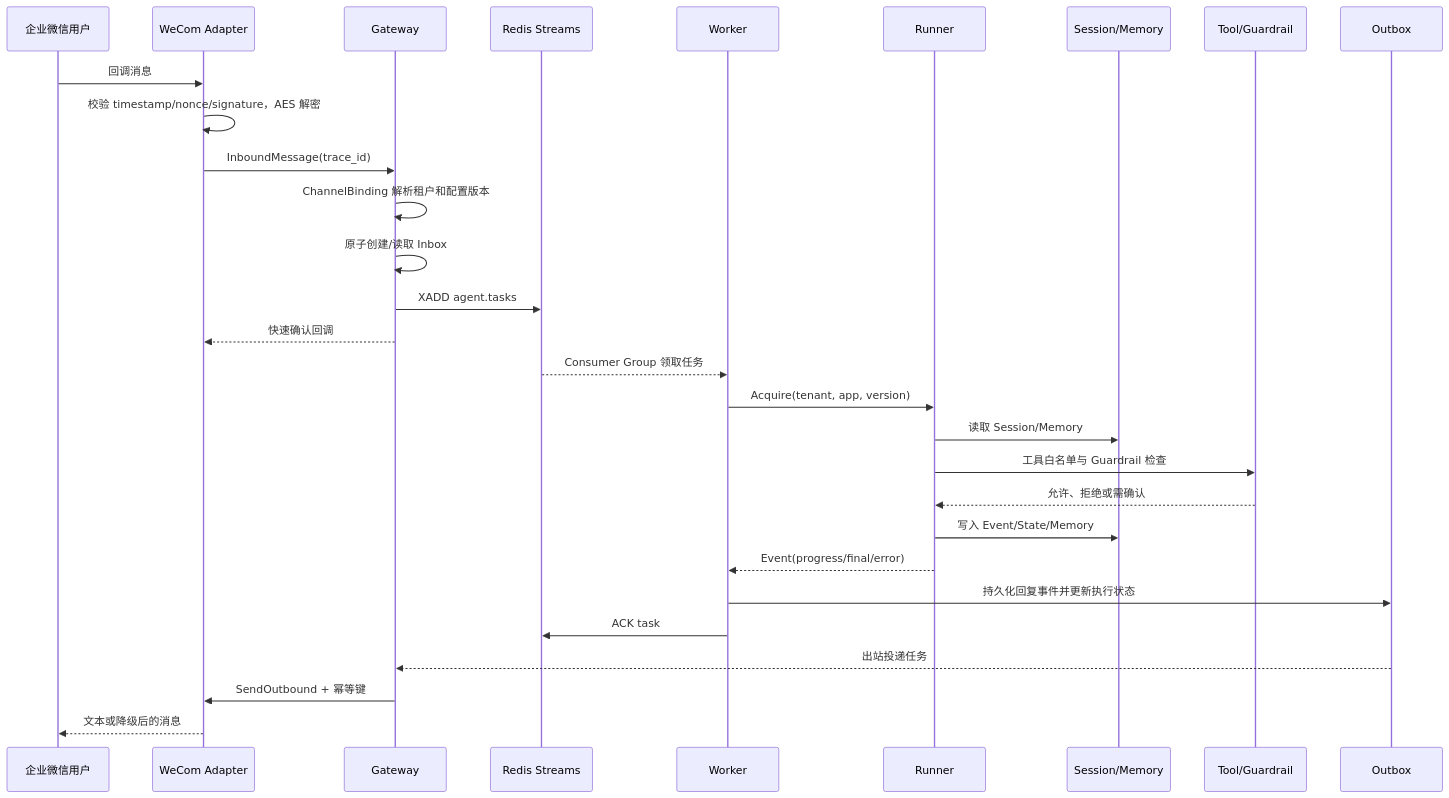
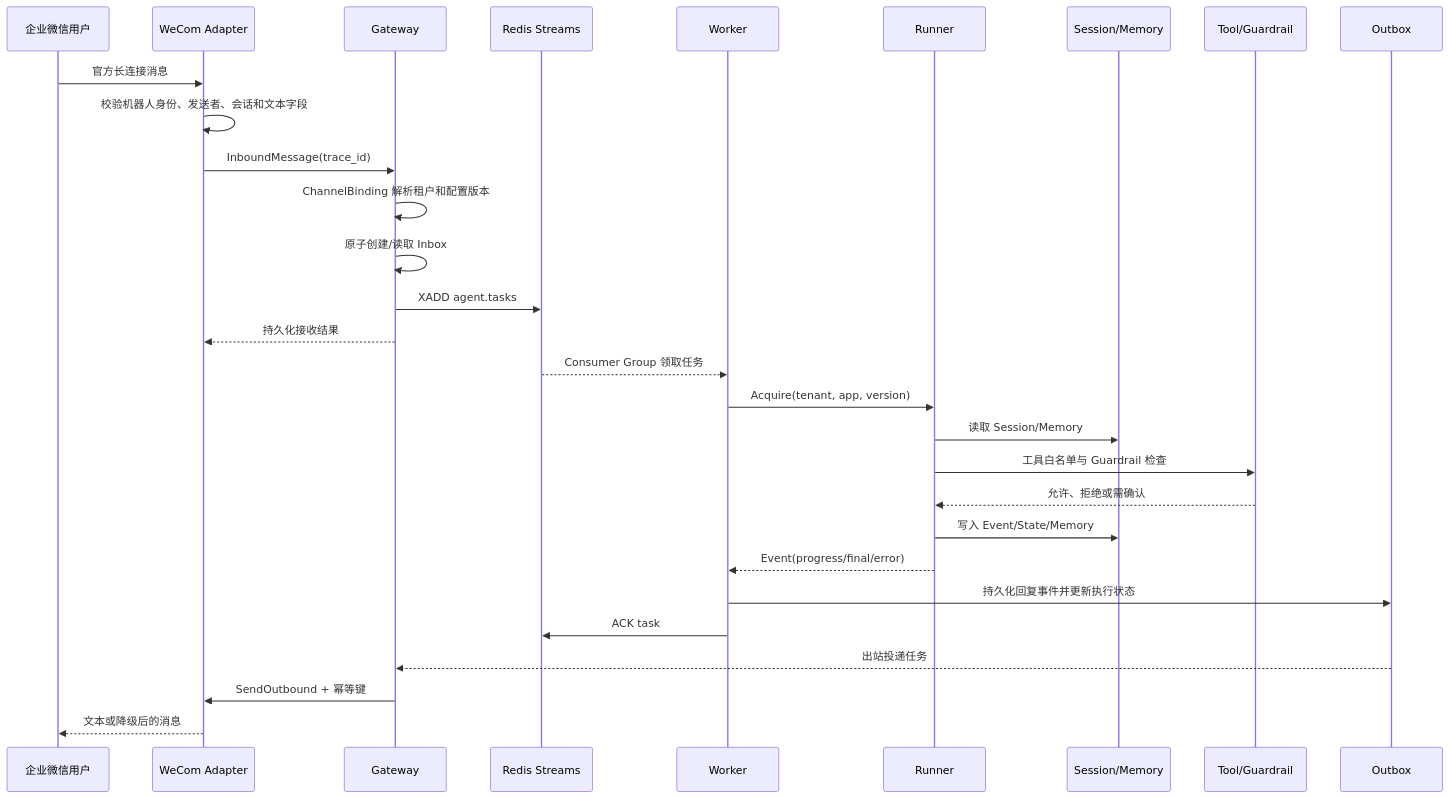
Before and after one commit to Spock12138/trpc-agent-service: the second of 2 diagrams in docs/design.md, drawn with Mermaid. The commit also changed other lines of this file, not shown here.

First line of the commit message:
docs: align architecture proposal with final delivery

````diff
--- a/docs/design.md
+++ b/docs/design.md
@@ -58,32 +60,32 @@
 ```mermaid
 sequenceDiagram
     participant U as 企业微信用户
     participant A as WeCom Adapter
     participant G as Gateway
     participant Q as Redis Streams
     participant W as Worker
     participant R as Runner
     participant S as Session/Memory
     participant T as Tool/Guardrail
     participant O as Outbox
 
-    U->>A: 回调消息
-    A->>A: 校验 timestamp/nonce/signature，AES 解密
+    U->>A: 官方长连接消息
+    A->>A: 校验机器人身份、发送者、会话和文本字段
     A->>G: InboundMessage(trace_id)
     G->>G: ChannelBinding 解析租户和配置版本
     G->>G: 原子创建/读取 Inbox
     G->>Q: XADD agent.tasks
-    G-->>A: 快速确认回调
+    G-->>A: 持久化接收结果
     Q-->>W: Consumer Group 领取任务
     W->>R: Acquire(tenant, app, version)
     R->>S: 读取 Session/Memory
     R->>T: 工具白名单与 Guardrail 检查
     T-->>R: 允许、拒绝或需确认
     R->>S: 写入 Event/State/Memory
     R-->>W: Event(progress/final/error)
     W->>O: 持久化回复事件并更新执行状态
     W->>Q: ACK task
     O-->>G: 出站投递任务
     G->>A: SendOutbound + 幂等键
     A-->>U: 文本或降级后的消息
 ```
````
